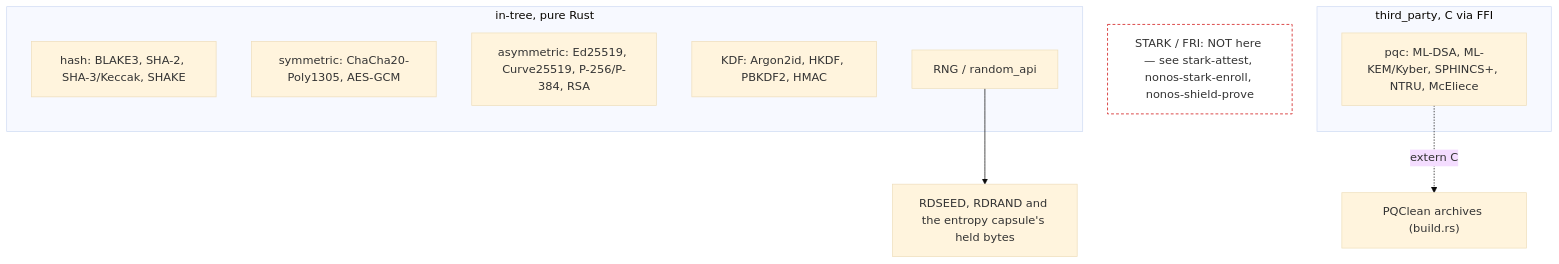
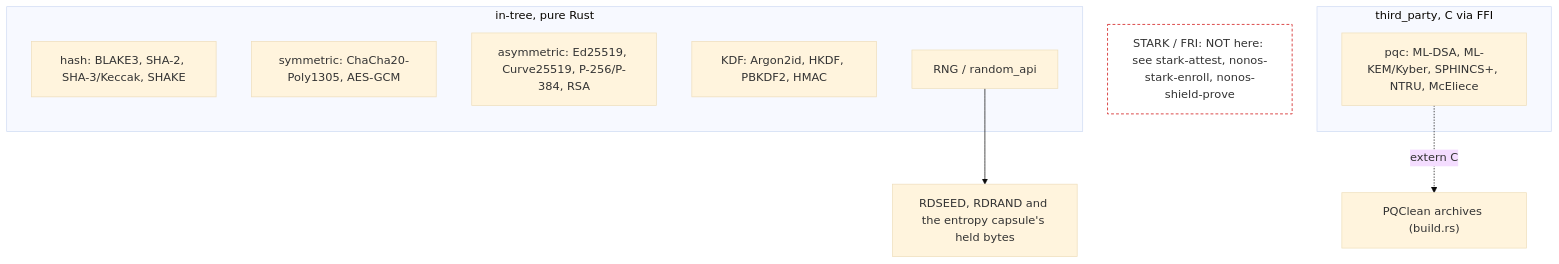
One commit to NON-OS/microkernel changed the diagram in docs/internals/crypto.md. Above: the diagram before and after it, drawn with Mermaid (base theme). The commit also changed other lines of this file and 16 other files, not shown here.

````diff
--- a/docs/internals/crypto.md
+++ b/docs/internals/crypto.md
@@ -9,17 +9,17 @@
 ```mermaid
 flowchart TB
     subgraph intree["in-tree, pure Rust"]
         hash["hash: BLAKE3, SHA-2, SHA-3/Keccak, SHAKE"]
         sym["symmetric: ChaCha20-Poly1305, AES-GCM"]
         asym["asymmetric: Ed25519, Curve25519, P-256/P-384, RSA"]
         kdf["KDF: Argon2id, HKDF, PBKDF2, HMAC"]
         rng["RNG / random_api"]
     end
     subgraph thirdparty["third_party, C via FFI"]
         pqc["pqc: ML-DSA, ML-KEM/Kyber, SPHINCS+, NTRU, McEliece"]
     end
     pqc -.extern C.-> pqclean["PQClean archives (build.rs)"]
     rng --> hw["RDSEED, RDRAND and the entropy capsule's held bytes"]
-    note["STARK / FRI: NOT here — see stark-attest, nonos-stark-enroll, nonos-shield-prove"]:::out
+    note["STARK / FRI: NOT here: see stark-attest, nonos-stark-enroll, nonos-shield-prove"]:::out
     classDef out fill:#fff,stroke:#c00,stroke-dasharray:4 3;
 ```
````
